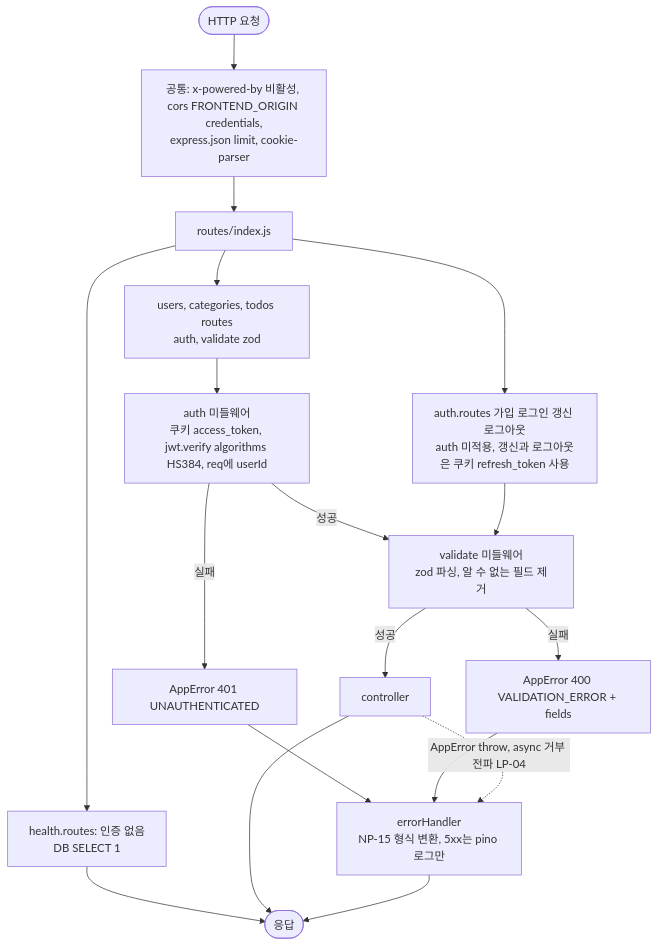
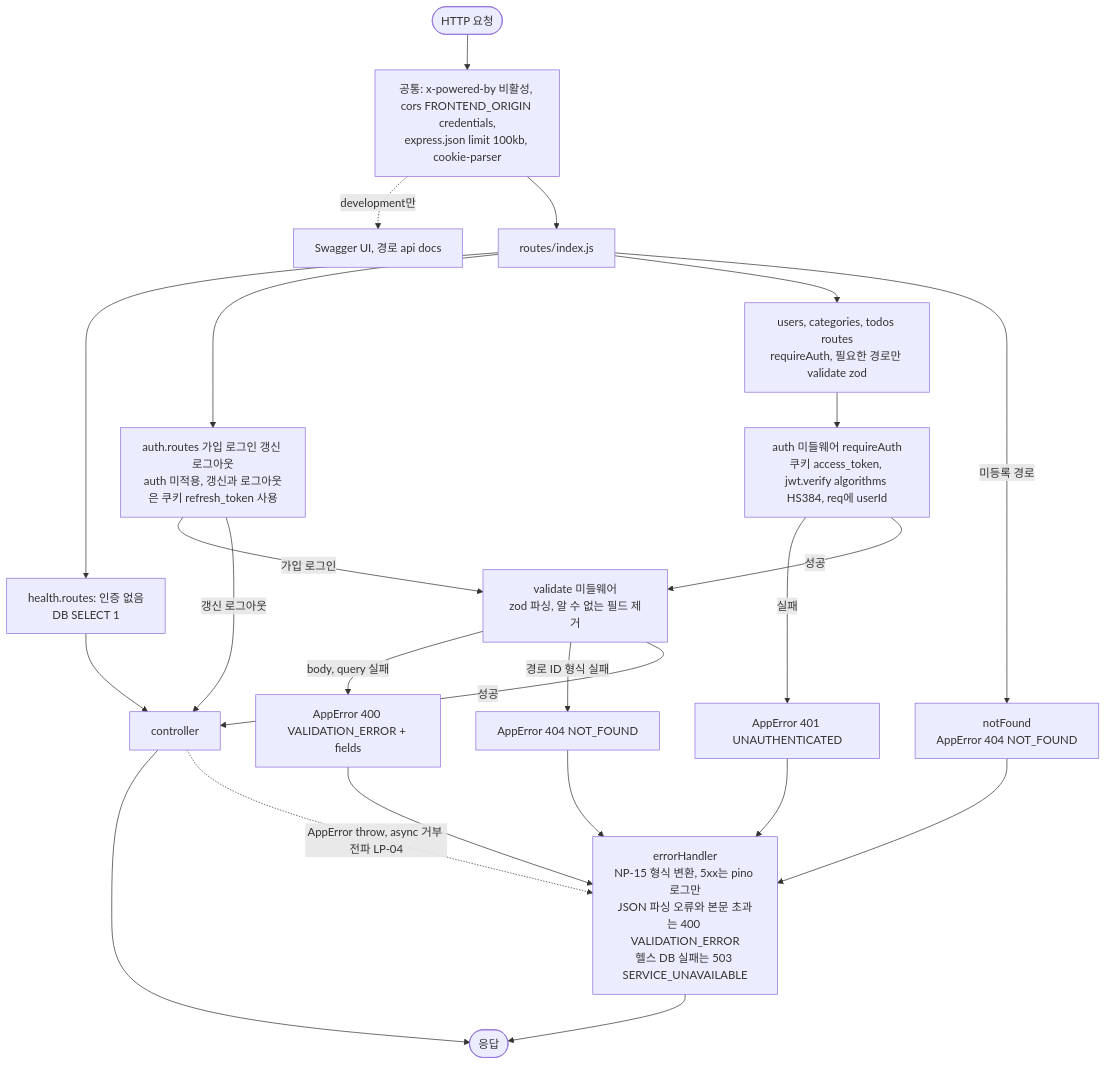
Before and after one commit to wjdxo513/todolist-app: the fourth of 14 diagrams in docs/6-arch-diagram.md, drawn with Mermaid. The commit also changed other lines of this file and 10 other files, not shown here.

````diff
--- a/docs/6-arch-diagram.md
+++ b/docs/6-arch-diagram.md
@@ -210,20 +233,26 @@
 ```mermaid
 flowchart TD
-    REQ(["HTTP 요청"]) --> BASE["공통: x-powered-by 비활성, cors FRONTEND_ORIGIN credentials,<br/>express.json limit, cookie-parser"]
+    REQ(["HTTP 요청"]) --> BASE["공통: x-powered-by 비활성, cors FRONTEND_ORIGIN credentials,<br/>express.json limit 100kb, cookie-parser"]
+    BASE -.->|"development만"| DOCS["Swagger UI, 경로 api docs"]
     BASE --> ROUTER["routes/index.js"]
     ROUTER --> HEALTH["health.routes: 인증 없음<br/>DB SELECT 1"]
     ROUTER --> PUBLIC["auth.routes 가입 로그인 갱신 로그아웃<br/>auth 미적용, 갱신과 로그아웃은 쿠키 refresh_token 사용"]
-    ROUTER --> PROTECTED["users, categories, todos routes<br/>auth, validate zod"]
-    PROTECTED --> AUTH["auth 미들웨어<br/>쿠키 access_token, jwt.verify algorithms HS384, req에 userId"]
+    ROUTER --> PROTECTED["users, categories, todos routes<br/>requireAuth, 필요한 경로만 validate zod"]
+    ROUTER -->|"미등록 경로"| NF["notFound<br/>AppError 404 NOT_FOUND"]
+    PROTECTED --> AUTH["auth 미들웨어 requireAuth<br/>쿠키 access_token, jwt.verify algorithms HS384, req에 userId"]
     AUTH -->|"실패"| E401["AppError 401 UNAUTHENTICATED"]
     AUTH -->|"성공"| VALIDATE["validate 미들웨어<br/>zod 파싱, 알 수 없는 필드 제거"]
-    PUBLIC --> VALIDATE
-    VALIDATE -->|"실패"| E400["AppError 400 VALIDATION_ERROR + fields"]
+    PUBLIC -->|"가입 로그인"| VALIDATE
+    PUBLIC -->|"갱신 로그아웃"| CTRL
+    VALIDATE -->|"body, query 실패"| E400["AppError 400 VALIDATION_ERROR + fields"]
+    VALIDATE -->|"경로 ID 형식 실패"| E404["AppError 404 NOT_FOUND"]
     VALIDATE -->|"성공"| CTRL["controller"]
-    HEALTH --> RES(["응답"])
-    CTRL --> RES
+    HEALTH --> CTRL
+    CTRL --> RES(["응답"])
     E401 --> EH
     E400 --> EH
-    CTRL -.->|"AppError throw, async 거부 전파 LP-04"| EH["errorHandler<br/>NP-15 형식 변환, 5xx는 pino 로그만"]
+    E404 --> EH
+    NF --> EH
+    CTRL -.->|"AppError throw, async 거부 전파 LP-04"| EH["errorHandler<br/>NP-15 형식 변환, 5xx는 pino 로그만<br/>JSON 파싱 오류와 본문 초과는 400 VALIDATION_ERROR<br/>헬스 DB 실패는 503 SERVICE_UNAVAILABLE"]
     EH --> RES
 ```
````
